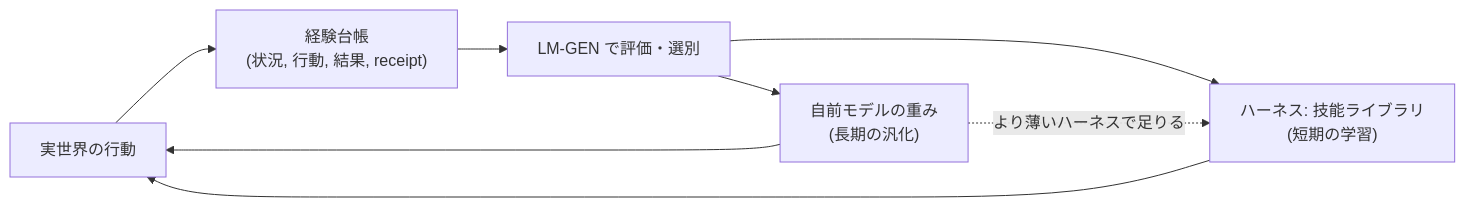
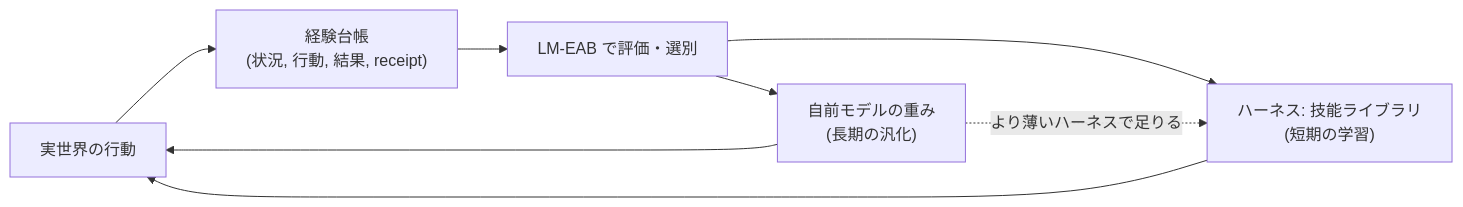
Before and after one commit to Daisuke134/life-manager: the third of 3 diagrams in docs/superpowers/specs/2026-09-25-life-manager-agi-roadmap-design.md, drawn with Mermaid. The commit also changed other lines of this file and 1 other file, not shown here.

First line of the commit message:
docs(agi): evolve existing LM-EAB toward world model with prediction track plan

````diff
--- a/docs/superpowers/specs/2026-09-25-life-manager-agi-roadmap-design.md
+++ b/docs/superpowers/specs/2026-09-25-life-manager-agi-roadmap-design.md
@@ -186,10 +186,10 @@
 ```mermaid
 flowchart LR
   X[実世界の行動] --> R["経験台帳<br/>(状況, 行動, 結果, receipt)"]
-  R --> E[LM-GEN で評価・選別]
+  R --> E[LM-EAB で評価・選別]
   E --> S["ハーネス: 技能ライブラリ<br/>(短期の学習)"]
   E --> W["自前モデルの重み<br/>(長期の汎化)"]
   S --> X
   W --> X
   W -.より薄いハーネスで足りる.-> S
 ```
````
